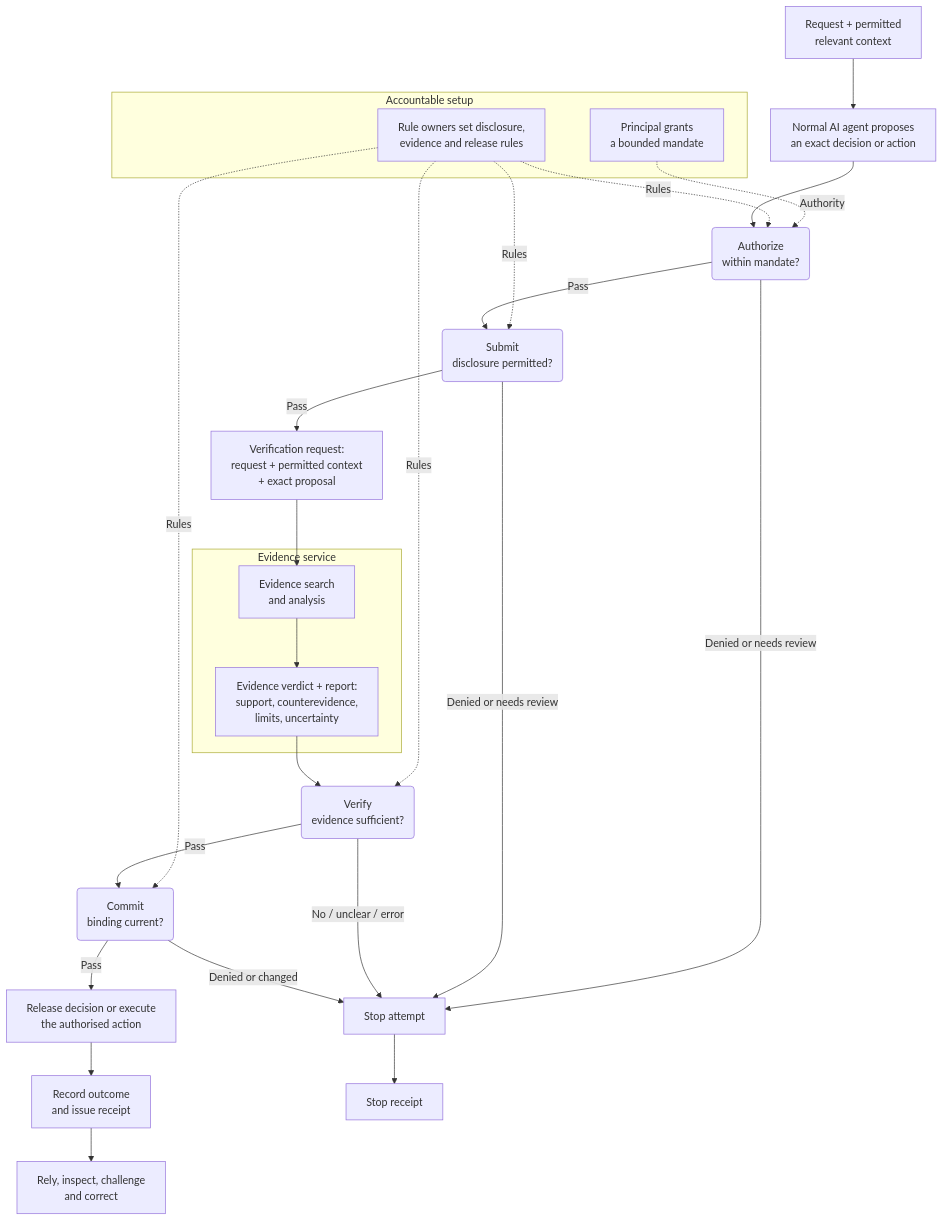
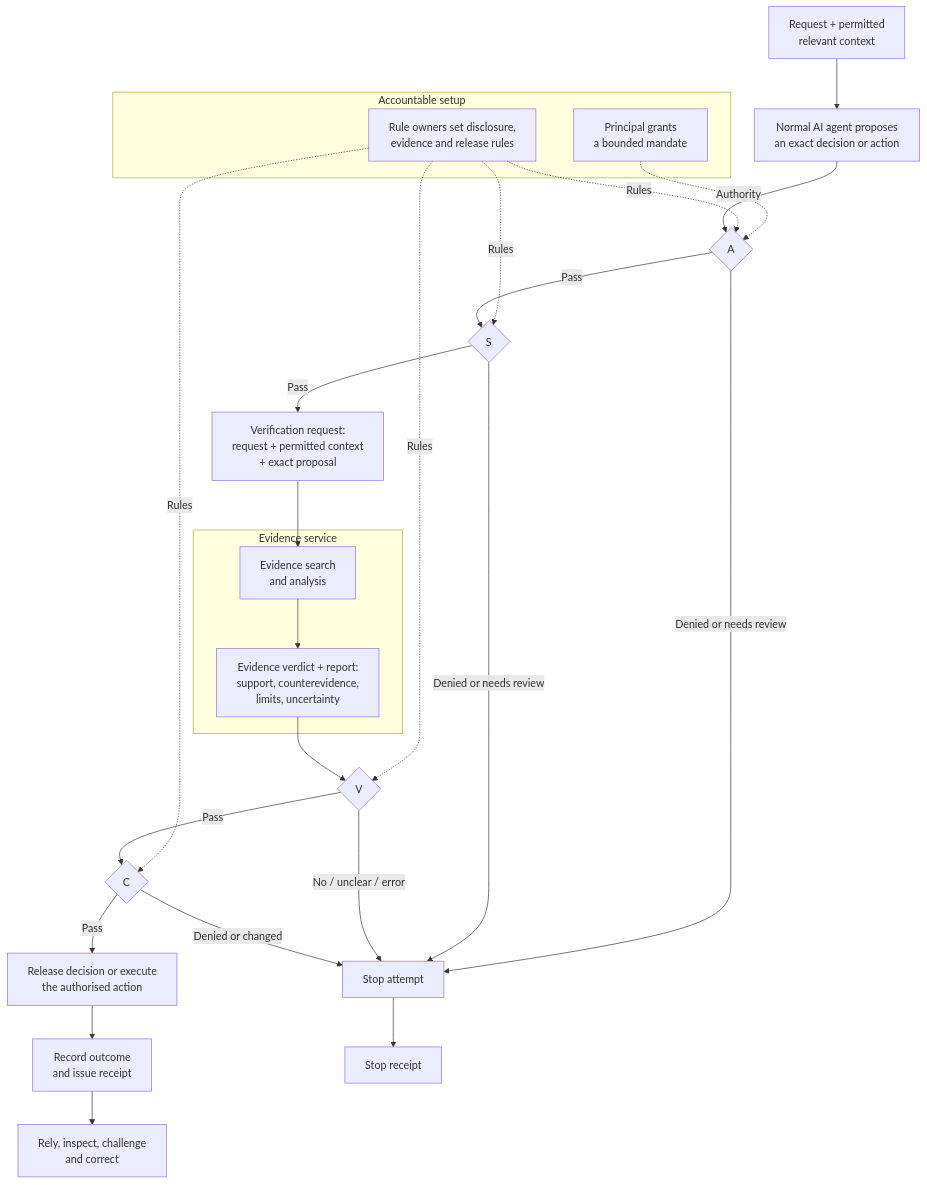
One commit to robertschaub/our-ai-charter changed the first of 2 diagrams in docs/Assurance/Concepts/evidence-gated-agents.md. Above: the diagram before and after it, drawn with Mermaid. The commit also changed other lines of this file, not shown here.

````diff
--- a/docs/Assurance/Concepts/evidence-gated-agents.md
+++ b/docs/Assurance/Concepts/evidence-gated-agents.md
@@ -56,30 +58,30 @@
 ```mermaid
 flowchart TD
     subgraph I["Accountable setup"]
         M["Principal grants<br/>a bounded mandate"]
         P["Rule owners set disclosure,<br/>evidence and release rules"]
     end
     M -. Authority .-> AU
     P -. Rules .-> AU
     P -. Rules .-> SU
     P -. Rules .-> V
     P -. Rules .-> C
     U["Request + permitted<br/>relevant context"] --> A["Normal AI agent proposes<br/>an exact decision or action"]
-    A --> AU("Authorize<br/>within mandate?")
-    AU -->|Pass| SU("Submit<br/>disclosure permitted?")
+    A --> AU{"A"}
+    AU -->|Pass| SU{"S"}
     SU -->|Pass| Q["Verification request:<br/>request + permitted context<br/>+ exact proposal"]
     subgraph ES["Evidence service"]
         SEA["Evidence search<br/>and analysis"] --> VR["Evidence verdict + report:<br/>support, counterevidence,<br/>limits, uncertainty"]
     end
     Q --> SEA
-    VR --> V("Verify<br/>evidence sufficient?")
-    V -->|Pass| C("Commit<br/>binding current?")
+    VR --> V{"V"}
+    V -->|Pass| C{"C"}
     C -->|Pass| O["Release decision or execute<br/>the authorised action"]
     O --> R["Record outcome<br/>and issue receipt"]
     R --> Y["Rely, inspect, challenge<br/>and correct"]
     AU -->|Denied or needs review| N["Stop attempt"]
     SU -->|Denied or needs review| N
     V -->|No / unclear / error| N
     C -->|Denied or changed| N
     N --> NR["Stop receipt"]
 ```
````
